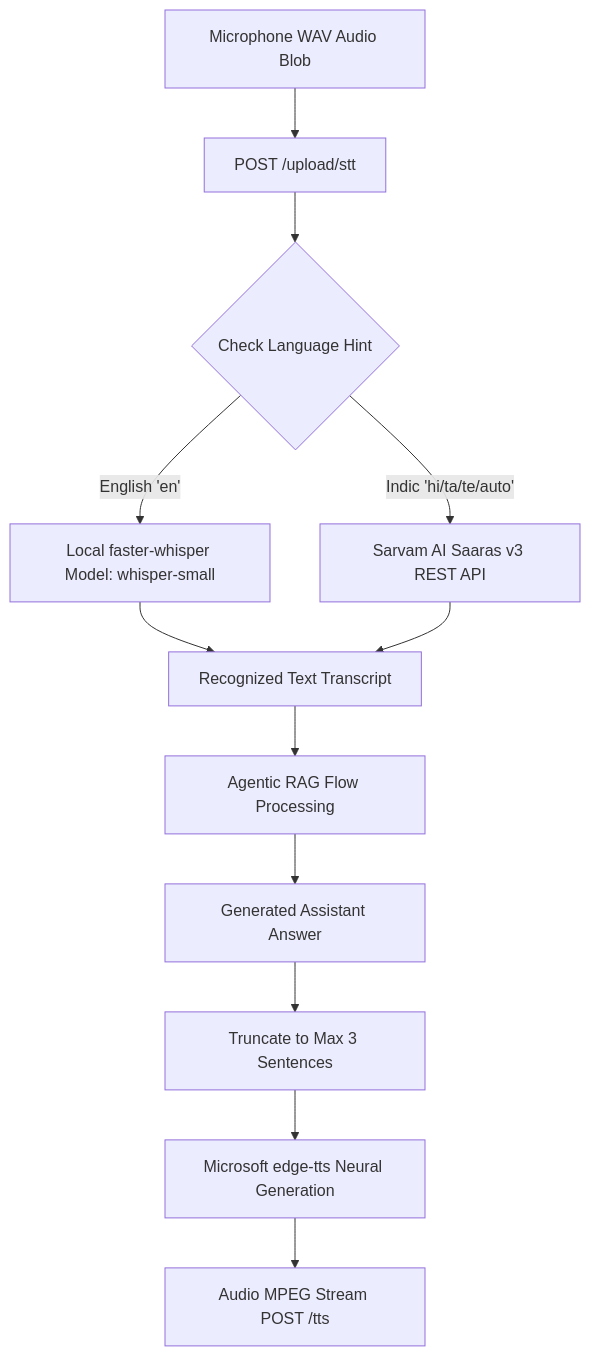
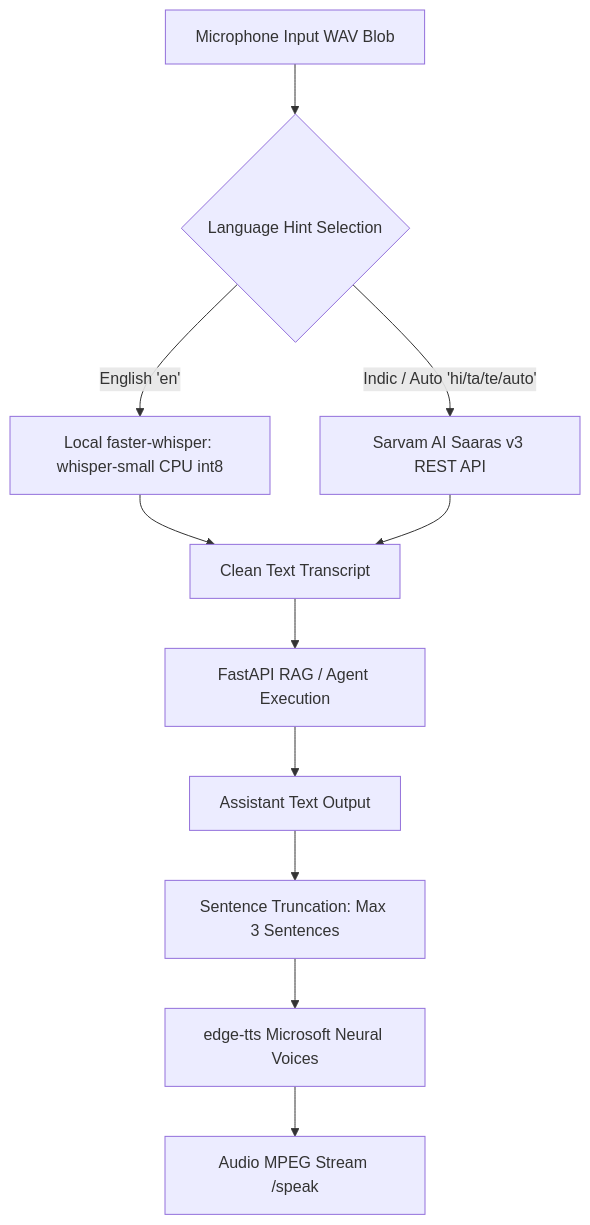
Before and after one commit to Santhosh-p653/rag-multimodal-assistant: the fifth of 6 diagrams in architecture.md, drawn with Mermaid. The commit also changed other lines of this file and 2 other files, not shown here.

````diff
--- a/architecture.md
+++ b/architecture.md
@@ -311,18 +217,17 @@
 ```mermaid
 graph TD
-    MicBlob[Microphone WAV Audio Blob] --> VoiceEndpoint[POST /upload/stt]
-    VoiceEndpoint --> LangCheck{Check Language Hint}
+    Mic[Microphone Input WAV Blob] --> LangSelect{Language Hint Selection}
     
-    LangCheck -->|English 'en'| LocalWhisper[Local faster-whisper Model: whisper-small]
-    LangCheck -->|Indic 'hi/ta/te/auto'| SarvamAPI[Sarvam AI Saaras v3 REST API]
+    LangSelect -->|English 'en'| Whisper[Local faster-whisper: whisper-small CPU int8]
+    LangSelect -->|Indic / Auto 'hi/ta/te/auto'| Sarvam[Sarvam AI Saaras v3 REST API]
     
-    LocalWhisper --> TextTranscript[Recognized Text Transcript]
-    SarvamAPI --> TextTranscript
+    Whisper --> TextTranscript[Clean Text Transcript]
+    Sarvam --> TextTranscript
     
-    TextTranscript --> LLMEngine[Agentic RAG Flow Processing]
-    LLMEngine --> RawAnswer[Generated Assistant Answer]
+    TextTranscript --> RAGCore[FastAPI RAG / Agent Execution]
+    RAGCore --> LLMAnswer[Assistant Text Output]
     
-    RawAnswer --> TruncateSvc[Truncate to Max 3 Sentences]
-    TruncateSvc --> EdgeTTSSvc[Microsoft edge-tts Neural Generation]
-    EdgeTTSSvc --> AudioStream[Audio MPEG Stream POST /tts]
+    LLMAnswer --> Truncate[Sentence Truncation: Max 3 Sentences]
+    Truncate --> EdgeTTS[edge-tts Microsoft Neural Voices]
+    EdgeTTS --> AudioStream[Audio MPEG Stream /speak]
 ```
````
